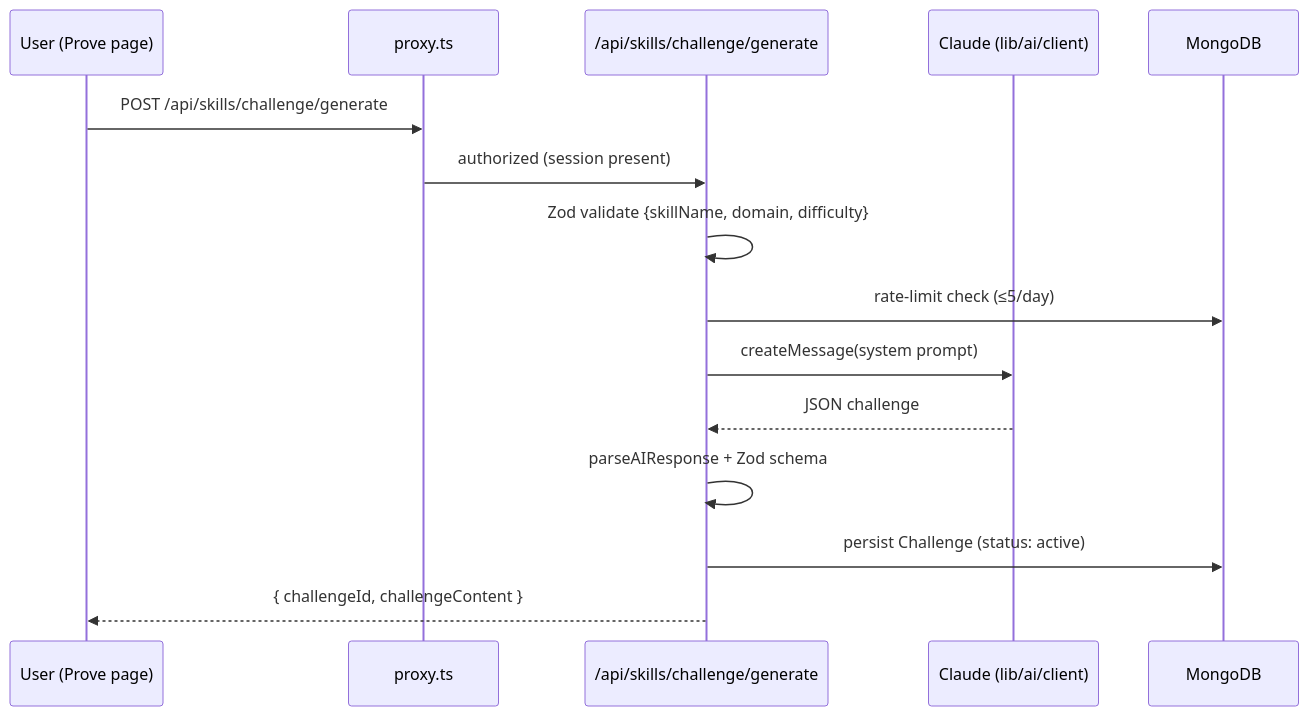
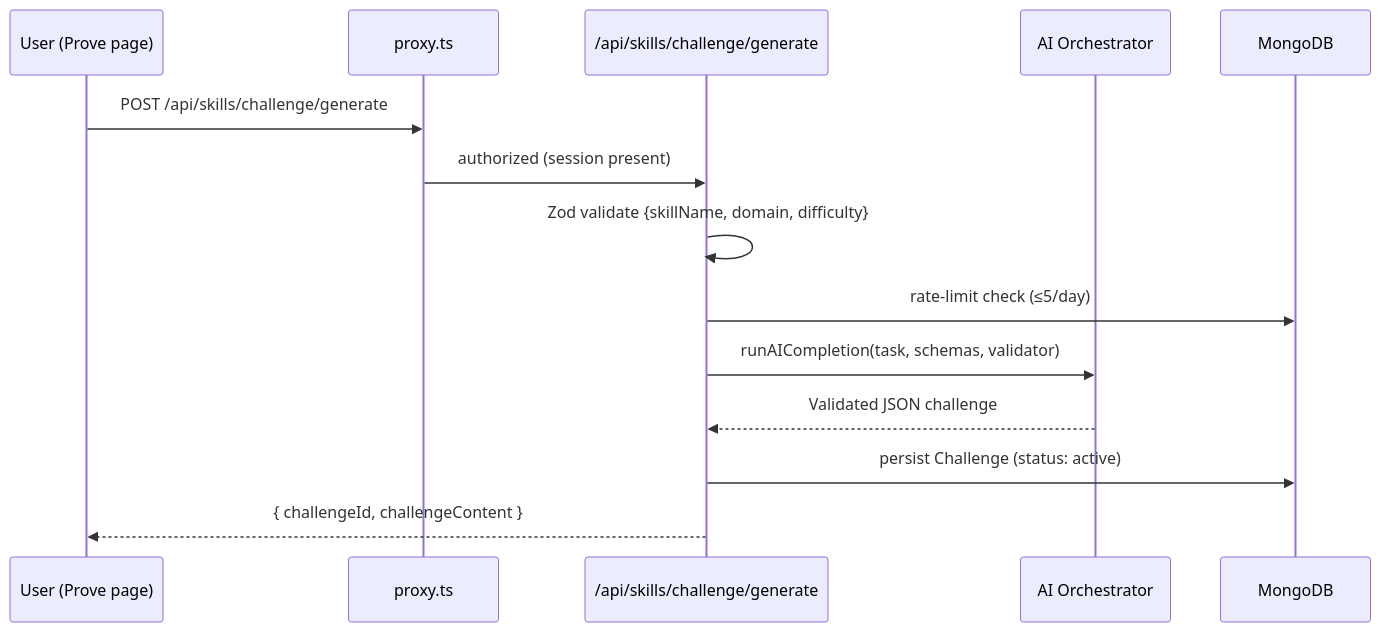
The second of 5 diagrams in README.md (Deep-2308/SkillSync-2.0), drawn with Mermaid before and after one commit. The commit also changed other lines of this file and 14 other files, not shown here.

````diff
--- a/README.md
+++ b/README.md
@@ -190,18 +191,17 @@
 ```mermaid
 sequenceDiagram
     participant U as User (Prove page)
     participant P as proxy.ts
     participant R as /api/skills/challenge/generate
-    participant AI as Claude (lib/ai/client)
+    participant AI as AI Orchestrator
     participant DB as MongoDB
 
     U->>P: POST /api/skills/challenge/generate
     P->>R: authorized (session present)
     R->>R: Zod validate {skillName, domain, difficulty}
     R->>DB: rate-limit check (≤5/day)
-    R->>AI: createMessage(system prompt)
-    AI-->>R: JSON challenge
-    R->>R: parseAIResponse + Zod schema
+    R->>AI: runAICompletion(task, schemas, validator)
+    AI-->>R: Validated JSON challenge
     R->>DB: persist Challenge (status: active)
     R-->>U: { challengeId, challengeContent }
 ```
````
